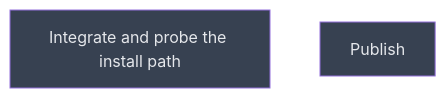
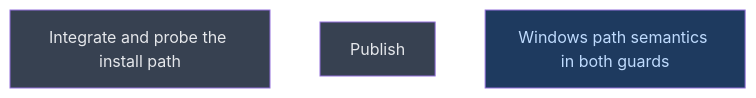
The diagram in __roadmap__/claude_code_release/next/next/README.md (CrackingShells/Murmuration), drawn with Mermaid before and after one commit. The commit also changed other lines of this file and 1 other file, not shown here.

First line of the commit message:
docs(roadmap): amendment A1, Windows path semantics in both guards

````diff
--- a/__roadmap__/claude_code_release/next/next/README.md
+++ b/__roadmap__/claude_code_release/next/next/README.md
@@ -16,10 +16,11 @@
 ```mermaid
 graph TD
     integrate[Integrate and probe the install path]:::planned
     next[Publish]:::planned
+    windows_paths[Windows path semantics in both guards]:::amendment
     classDef done       fill:#166534,color:#bbf7d0
     classDef inprogress fill:#854d0e,color:#fef08a
     classDef planned    fill:#374151,color:#e5e7eb
     classDef amendment  fill:#1e3a5f,color:#bfdbfe
     classDef blocked    fill:#7f1d1d,color:#fecaca
 ```
````
